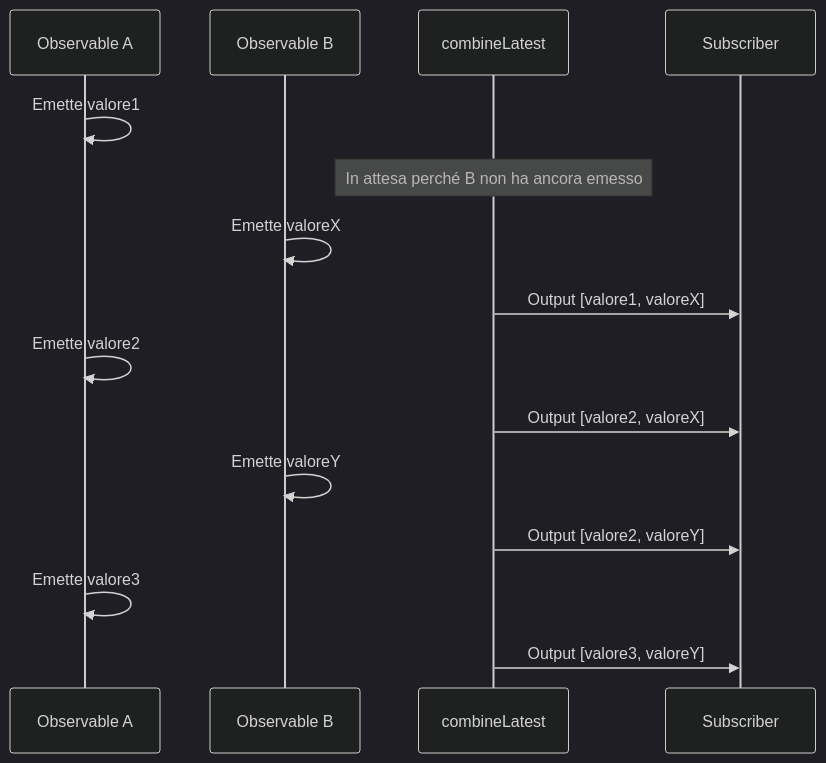
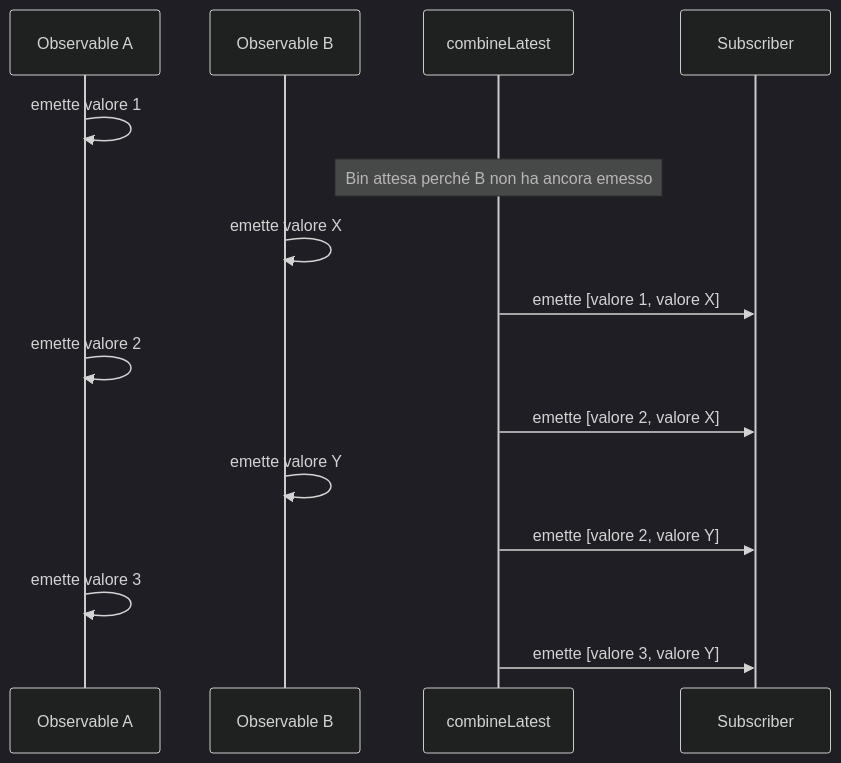
Before and after one commit to shuji-bonji/RxJS-with-TypeScript: the second of 4 diagrams in docs/it/guide/creation-functions/combination/forkJoin-vs-combineLatest.md, drawn with Mermaid (dark theme). The commit also changed other lines of this file and 6 other files, not shown here.

````diff
--- a/docs/it/guide/creation-functions/combination/forkJoin-vs-combineLatest.md
+++ b/docs/it/guide/creation-functions/combination/forkJoin-vs-combineLatest.md
@@ -54,18 +57,18 @@
 ```mermaid
 sequenceDiagram
     participant A as Observable A
     participant B as Observable B
     participant C as combineLatest
     participant S as Subscriber
 
-    A->>A: Emette valore1
-    Note over C: In attesa perché B non ha ancora emesso
-    B->>B: Emette valoreX
-    C->>S: Output [valore1, valoreX]
-    A->>A: Emette valore2
-    C->>S: Output [valore2, valoreX]
-    B->>B: Emette valoreY
-    C->>S: Output [valore2, valoreY]
-    A->>A: Emette valore3
-    C->>S: Output [valore3, valoreY]
+    A->>A: emette valore 1
+    Note over C: Bin attesa perché B non ha ancora emesso
+    B->>B: emette valore X
+    C->>S: emette [valore 1, valore X]
+    A->>A: emette valore 2
+    C->>S: emette [valore 2, valore X]
+    B->>B: emette valore Y
+    C->>S: emette [valore 2, valore Y]
+    A->>A: emette valore 3
+    C->>S: emette [valore 3, valore Y]
 ```
````
